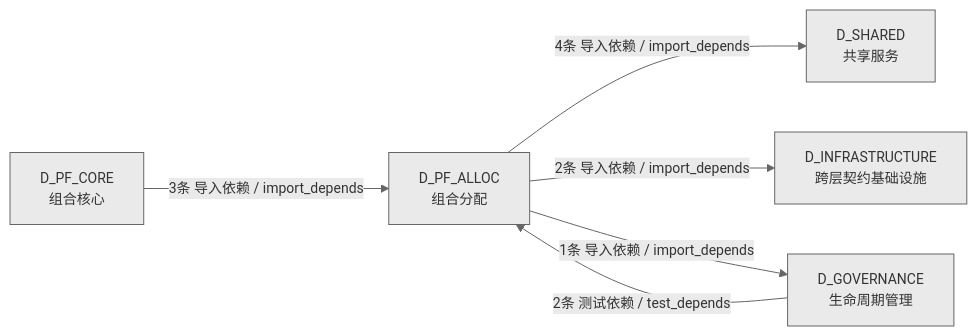
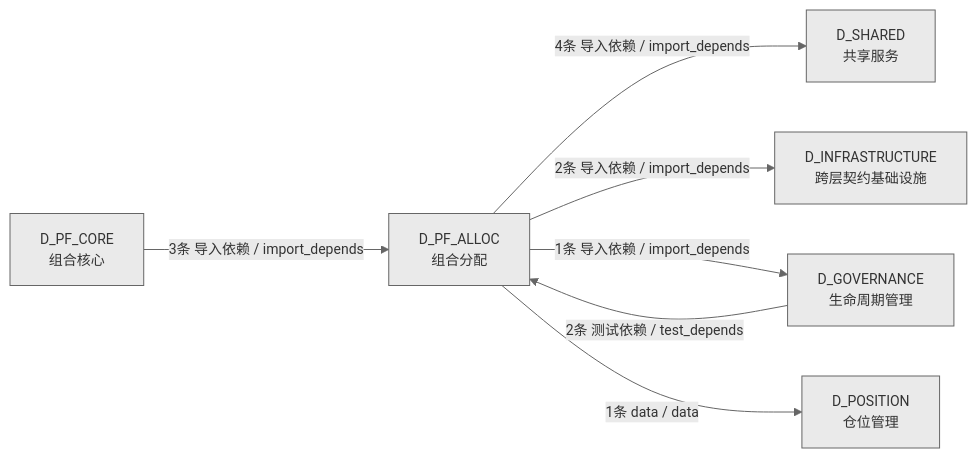
The fourth of 4 diagrams in docs/02_enterprise_architecture/02_domain_architecture_docs/62_d_pf_alloc.md (xuanFelixVan/ZephyrAlpha), drawn with Mermaid before and after one commit. The commit also changed other lines of this file and 94 other files, not shown here.

````diff
--- a/docs/02_enterprise_architecture/02_domain_architecture_docs/62_d_pf_alloc.md
+++ b/docs/02_enterprise_architecture/02_domain_architecture_docs/62_d_pf_alloc.md
@@ -158,14 +166,16 @@
 ```mermaid
 %%{init: {'theme': 'base', 'themeVariables': {'primaryColor': '#eaeaea', 'primaryTextColor': '#333333', 'primaryBorderColor': '#666666', 'lineColor': '#666666', 'secondaryColor': '#eaeaea', 'tertiaryColor': '#eaeaea', 'fontSize': '14px'}}}%%
 graph LR
     D_PF_ALLOC["D_PF_ALLOC<br/>组合分配"]
     D_SHARED["D_SHARED<br/>共享服务"]
     D_INFRASTRUCTURE["D_INFRASTRUCTURE<br/>跨层契约基础设施"]
     D_GOVERNANCE["D_GOVERNANCE<br/>生命周期管理"]
+    D_POSITION["D_POSITION<br/>仓位管理"]
     D_PF_CORE["D_PF_CORE<br/>组合核心"]
     D_PF_ALLOC -->|4条 导入依赖 / import_depends| D_SHARED
     D_PF_ALLOC -->|2条 导入依赖 / import_depends| D_INFRASTRUCTURE
     D_PF_ALLOC -->|1条 导入依赖 / import_depends| D_GOVERNANCE
+    D_PF_ALLOC -->|1条 data / data| D_POSITION
     D_PF_CORE -->|3条 导入依赖 / import_depends| D_PF_ALLOC
     D_GOVERNANCE -->|2条 测试依赖 / test_depends| D_PF_ALLOC
 ```
````
